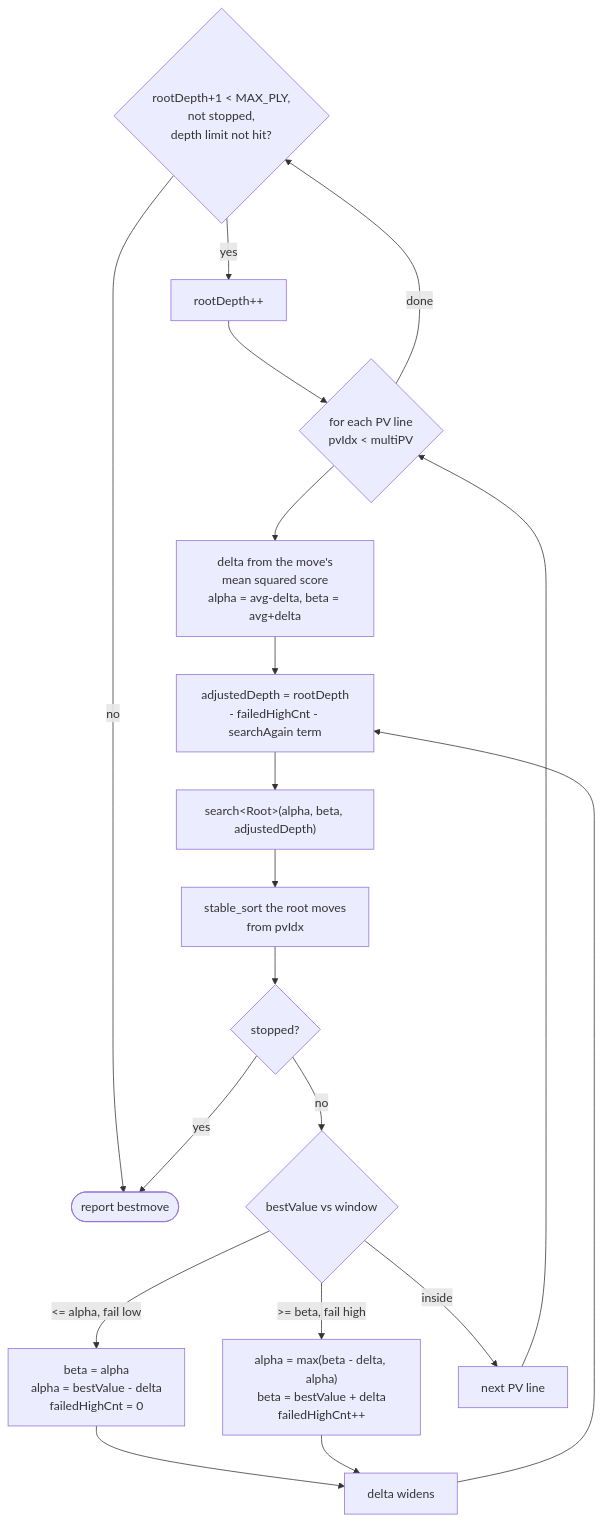
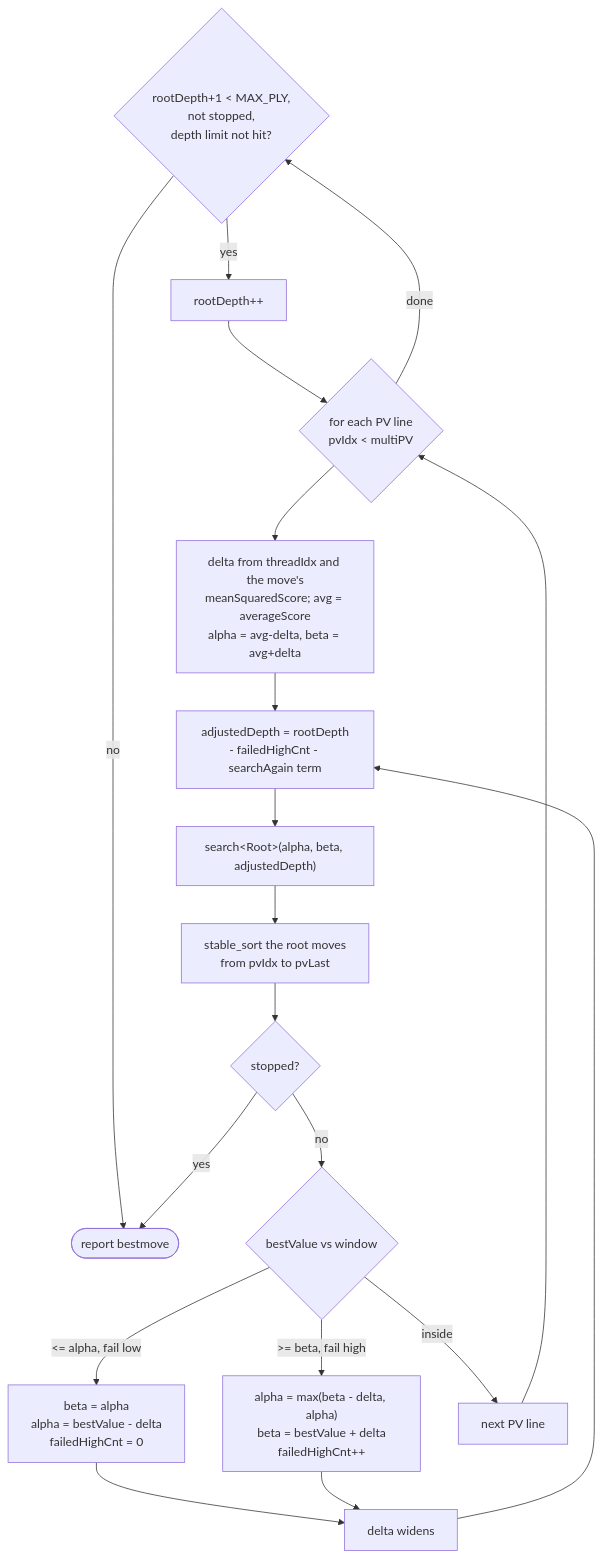
Before and after one commit to ppigazzini/Stockfish: the diagram in docs/02-engine-search.md, drawn with Mermaid. The commit also changed other lines of this file, not shown here.

````diff
--- a/docs/02-engine-search.md
+++ b/docs/02-engine-search.md
@@ -292,22 +372,22 @@
 ```mermaid
 flowchart TD
     D{"rootDepth+1 < MAX_PLY,<br/>not stopped,<br/>depth limit not hit?"}
     D -->|no| OUT(["report bestmove"])
     D -->|yes| INC["rootDepth++"]
     INC --> MPV{"for each PV line<br/>pvIdx < multiPV"}
-    MPV --> W["delta from the move's<br/>mean squared score<br/>alpha = avg-delta, beta = avg+delta"]
+    MPV --> W["delta from threadIdx and the move's<br/>meanSquaredScore; avg = averageScore<br/>alpha = avg-delta, beta = avg+delta"]
     W --> A["adjustedDepth = rootDepth<br/>- failedHighCnt - searchAgain term"]
     A --> SR["search&lt;Root&gt;(alpha, beta, adjustedDepth)"]
-    SR --> SORT["stable_sort the root moves<br/>from pvIdx"]
+    SR --> SORT["stable_sort the root moves<br/>from pvIdx to pvLast"]
     SORT --> ST{"stopped?"}
     ST -->|yes| OUT
     ST -->|no| C{"bestValue vs window"}
     C -->|"<= alpha, fail low"| FL["beta = alpha<br/>alpha = bestValue - delta<br/>failedHighCnt = 0"]
     C -->|">= beta, fail high"| FH["alpha = max(beta - delta, alpha)<br/>beta = bestValue + delta<br/>failedHighCnt++"]
     C -->|inside| NEXT["next PV line"]
     FL --> WID["delta widens"]
     FH --> WID
     WID --> A
     NEXT --> MPV
     MPV -->|done| D
 ```
````
